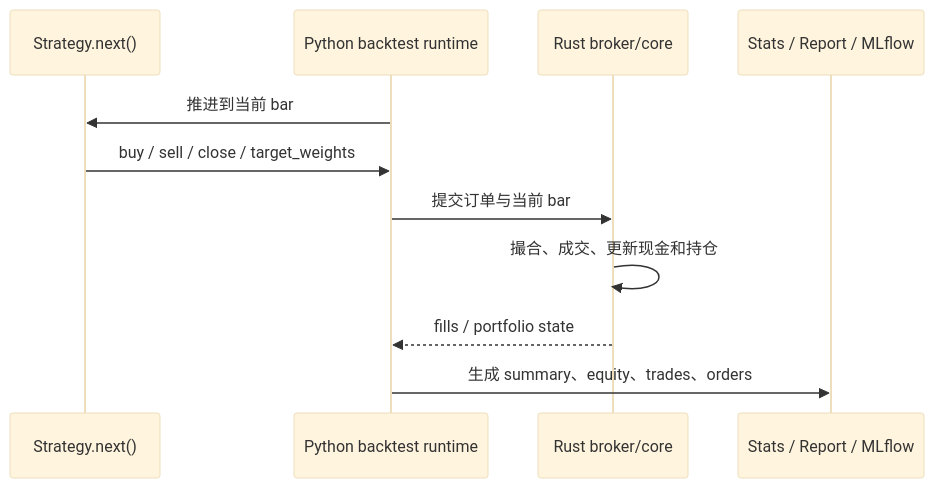
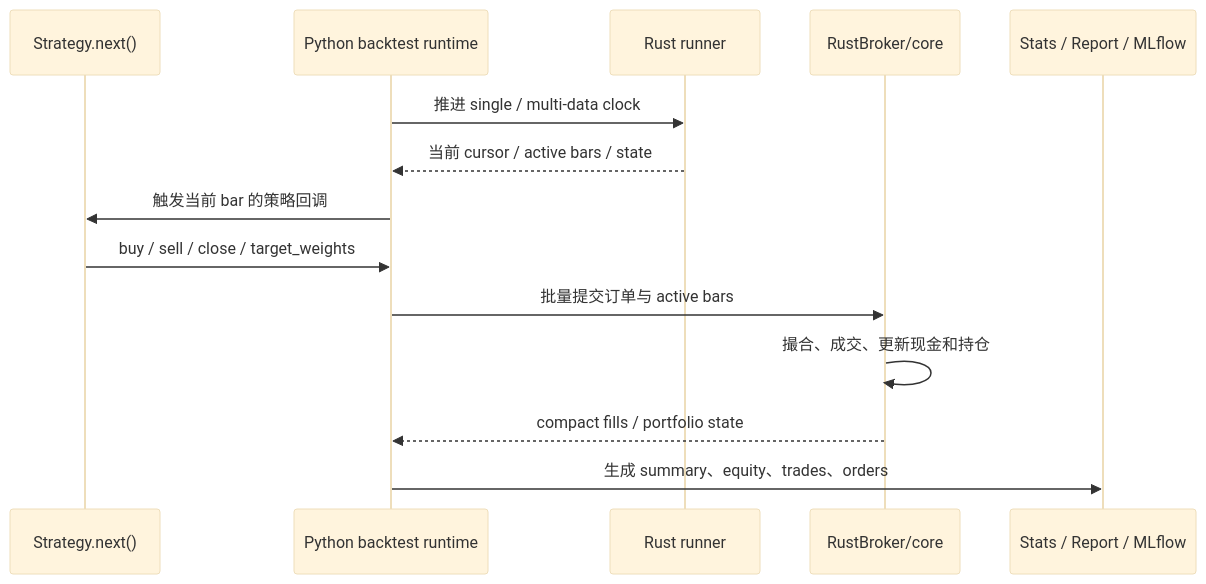
The second of 4 diagrams in README_zh.md (MuuYesen/trade-learn), drawn with Mermaid (base theme) before and after one commit. The commit also changed other lines of this file, not shown here.

````diff
--- a/README_zh.md
+++ b/README_zh.md
@@ -88,14 +106,17 @@
 ```mermaid
 sequenceDiagram
     participant S as Strategy.next()
     participant BT as Python backtest runtime
-    participant R as Rust broker/core
+    participant RR as Rust runner
+    participant R as RustBroker/core
     participant ST as Stats / Report / MLflow
 
-    BT->>S: 推进到当前 bar
+    BT->>RR: 推进 single / multi-data clock
+    RR-->>BT: 当前 cursor / active bars / state
+    BT->>S: 触发当前 bar 的策略回调
     S->>BT: buy / sell / close / target_weights
-    BT->>R: 提交订单与当前 bar
+    BT->>R: 批量提交订单与 active bars
     R->>R: 撮合、成交、更新现金和持仓
-    R-->>BT: fills / portfolio state
+    R-->>BT: compact fills / portfolio state
     BT->>ST: 生成 summary、equity、trades、orders
 ```
````
